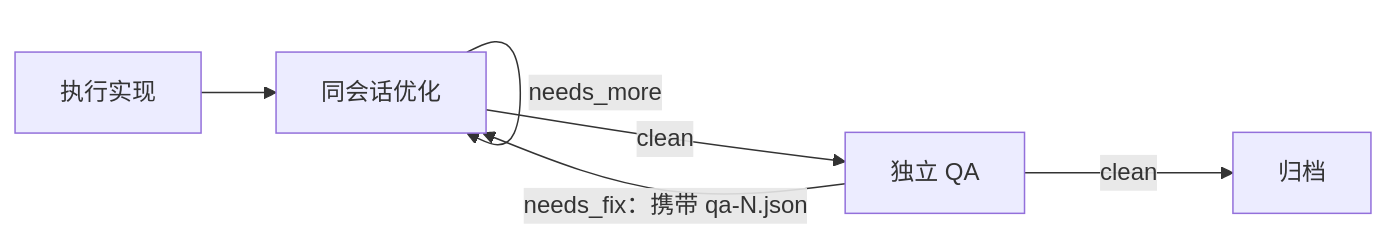
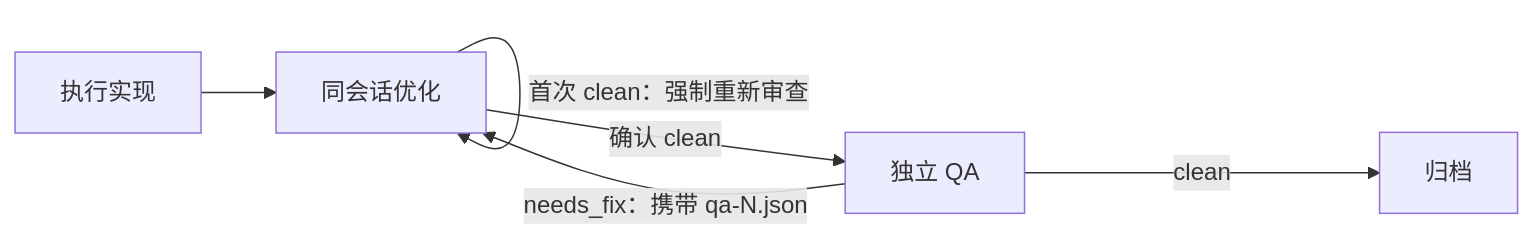
Before and after one commit to xbugs221/oz: the fourth of 4 diagrams in README.md, drawn with Mermaid. The commit also changed other lines of this file and 17 other files, not shown here.

````diff
--- a/README.md
+++ b/README.md
@@ -117,8 +117,9 @@
 ```mermaid
 flowchart LR
     E["执行实现"] --> R["同会话优化"]
     R -->|"needs_more"| R
-    R -->|"clean"| Q["独立 QA"]
+    R -->|"首次 clean：强制重新审查"| R
+    R -->|"确认 clean"| Q["独立 QA"]
     Q -->|"needs_fix：携带 qa-N.json"| R
     Q -->|"clean"| A["归档"]
 ```
````
